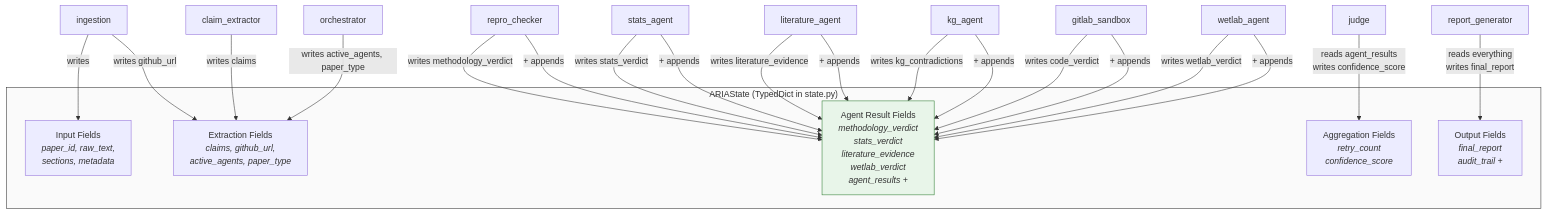
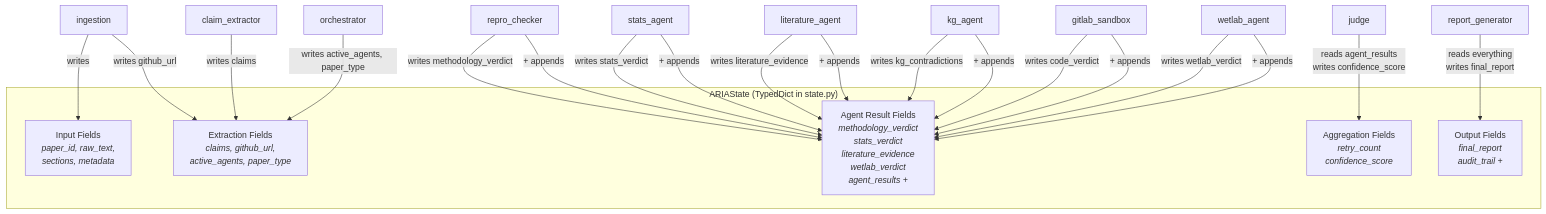
The seventh of 8 diagrams in README.md (dbosmrt/ARIA-Autonomous-Research-Integrity-Agent-), drawn with Mermaid before and after one commit. The commit also changed other lines of this file, not shown here.

````diff
--- a/README.md
+++ b/README.md
@@ -372,32 +364,30 @@
 ```mermaid
 graph TD
     subgraph STATE["ARIAState (TypedDict in state.py)"]
         IN["Input Fields<br/><i>paper_id, raw_text,<br/>sections, metadata</i>"]
         EXT["Extraction Fields<br/><i>claims, github_url,<br/>active_agents, paper_type</i>"]
         RES["Agent Result Fields<br/><i>methodology_verdict<br/>stats_verdict<br/>literature_evidence<br/>wetlab_verdict<br/>agent_results +</i>"]
         AGG["Aggregation Fields<br/><i>retry_count<br/>confidence_score</i>"]
         OUT["Output Fields<br/><i>final_report<br/>audit_trail +</i>"]
     end
 
     ING["ingestion"] -->|"writes"| IN
     ING -->|"writes github_url"| EXT
     CLM["claim_extractor"] -->|"writes claims"| EXT
     ORC["orchestrator"] -->|"writes active_agents, paper_type"| EXT
     REPRO["repro_checker"] -->|"writes methodology_verdict"| RES
     STATS["stats_agent"] -->|"writes stats_verdict"| RES
     LITAG["literature_agent"] -->|"writes literature_evidence"| RES
     KGAG["kg_agent"] -->|"writes kg_contradictions"| RES
     GLAB["gitlab_sandbox"] -->|"writes code_verdict"| RES
     WLAB["wetlab_agent"] -->|"writes wetlab_verdict"| RES
     REPRO -->|"+ appends"| RES
     STATS -->|"+ appends"| RES
     LITAG -->|"+ appends"| RES
     KGAG -->|"+ appends"| RES
     GLAB -->|"+ appends"| RES
     WLAB -->|"+ appends"| RES
     JDG["judge"] -->|"reads agent_results<br/>writes confidence_score"| AGG
     RPT["report_generator"] -->|"reads everything<br/>writes final_report"| OUT
 
-    style RES fill:#e8f5e9,stroke:#2e7d32
-    style STATE fill:#fafafa,stroke:#333
 ```
````
